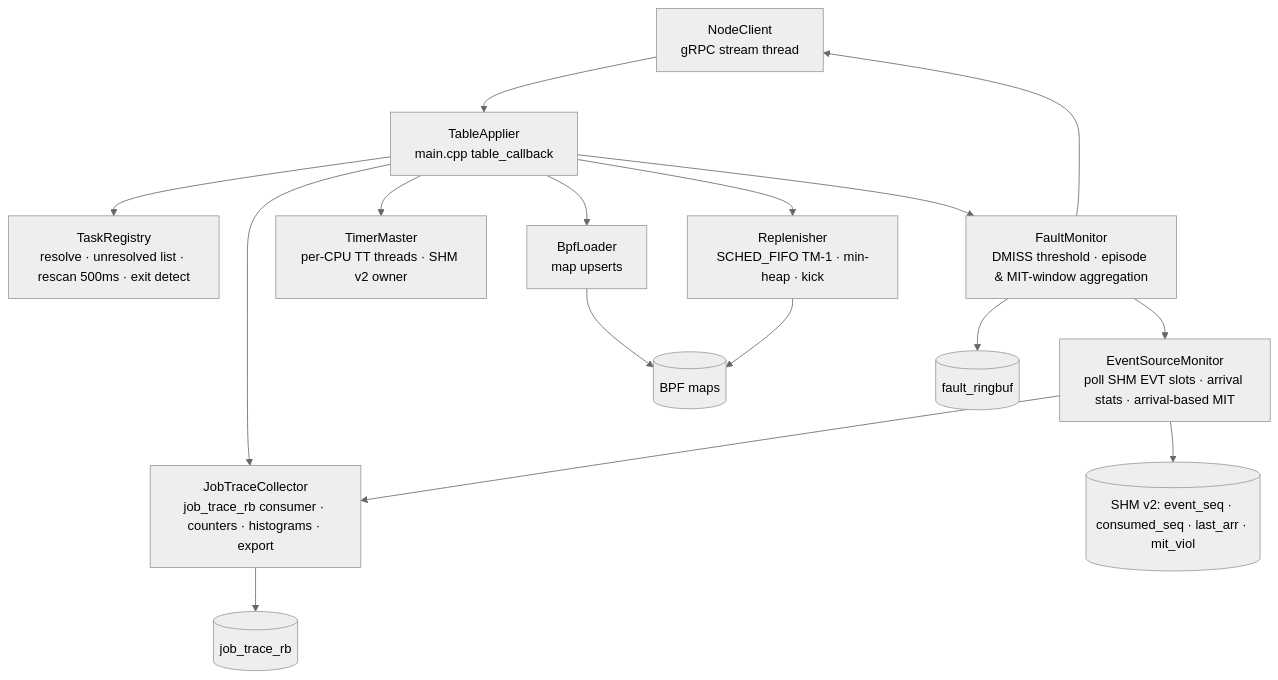
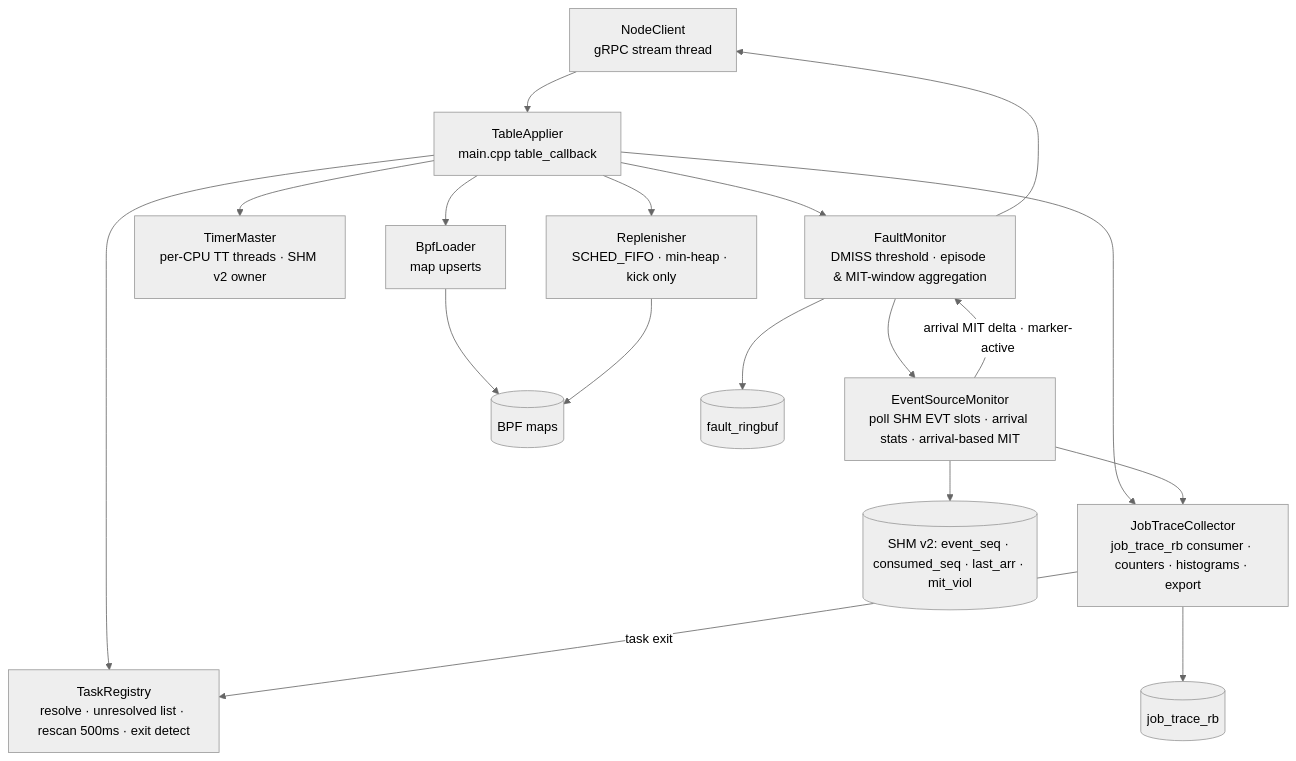
Before and after one commit to eclipse-timpani/timpani26: the third of 8 diagrams in doc/design/kor/HLD-008-event-driven-workload-support.md, drawn with Mermaid (neutral theme). The commit also changed other lines of this file and 4 other files, not shown here.

````diff
--- a/doc/design/kor/HLD-008-event-driven-workload-support.md
+++ b/doc/design/kor/HLD-008-event-driven-workload-support.md
@@ -131,18 +132,20 @@
 ```mermaid
 flowchart TB
   NC[NodeClient<br/>gRPC stream thread] --> TA[TableApplier<br/>main.cpp table_callback]
   TA --> TR[TaskRegistry<br/>resolve · unresolved list · rescan 500ms · exit detect]
   TA --> BL[BpfLoader<br/>map upserts]
   TA --> TM[TimerMaster<br/>per-CPU TT threads · SHM v2 owner]
-  TA --> RP[Replenisher<br/>SCHED_FIFO TM-1 · min-heap · kick]
+  TA --> RP[Replenisher<br/>SCHED_FIFO · min-heap · kick only]
   TA --> FM[FaultMonitor<br/>DMISS threshold · episode & MIT-window aggregation]
   TA --> JT[JobTraceCollector<br/>job_trace_rb consumer · counters · histograms · export]
   FM --> ESM[EventSourceMonitor<br/>poll SHM EVT slots · arrival stats · arrival-based MIT]
   BL --> BPF[(BPF maps)]
   RP --> BPF
   FM --> RB1[(fault_ringbuf)]
   JT --> RB2[(job_trace_rb)]
   ESM --> SHM[(SHM v2: event_seq · consumed_seq · last_arr · mit_viol)]
   ESM --> JT
+  ESM -- "arrival MIT delta · marker-active" --> FM
+  JT -- "task exit" --> TR
   FM --> NC
 ```
````
